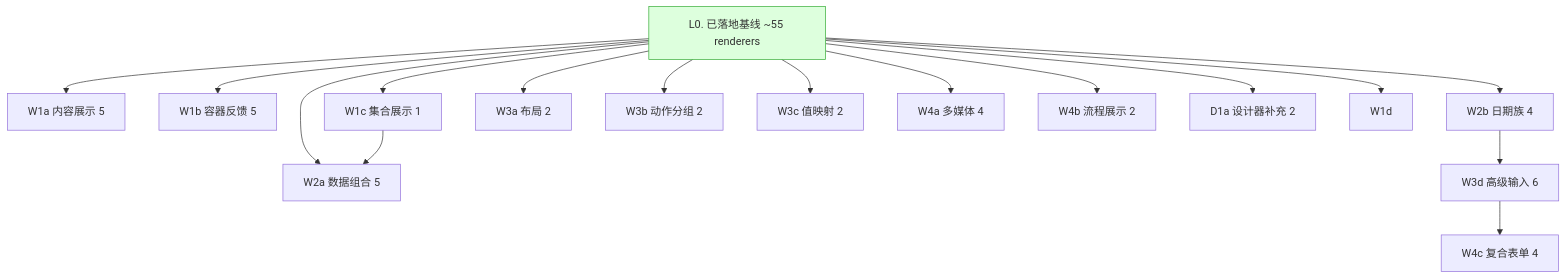
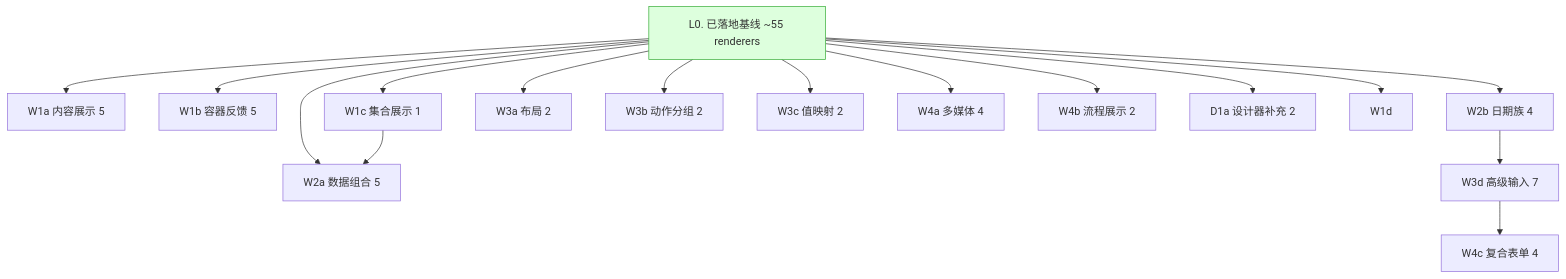
One commit to entropy-cloud/nop-chaos-flux changed the diagram in docs/components/roadmap.md. Above: the diagram before and after it, drawn with Mermaid. The commit also changed other lines of this file and 7 other files, not shown here.

First line of the commit message:
docs(components): plan-2026-06-24-0718 docs/log/roadmap update

````diff
--- a/docs/components/roadmap.md
+++ b/docs/components/roadmap.md
@@ -191,28 +193,28 @@
 ```mermaid
 graph TD
     L0["L0. 已落地基线 ~55 renderers"]
     W1a["W1a 内容展示 5"]
     W1b["W1b 容器反馈 5"]
     W1c["W1c 集合展示 1"]
     W2a["W2a 数据组合 5"]
     W2b["W2b 日期族 4"]
     W3a["W3a 布局 2"]
     W3b["W3b 动作分组 2"]
     W3c["W3c 值映射 2"]
-    W3d["W3d 高级输入 6"]
+    W3d["W3d 高级输入 7"]
     W4a["W4a 多媒体 4"]
     W4b["W4b 流程展示 2"]
     W4c["W4c 复合表单 4"]
     D1a["D1a 设计器补充 2"]
 
     L0 --> W1a & W1b & W1c & W1d
     L0 & W1c --> W2a
     L0 --> W2b
     L0 --> W3a & W3b & W3c
     W2b --> W3d
     L0 --> W4a & W4b
     W3d --> W4c
     L0 --> D1a
 
     style L0 fill:#dfd,stroke:#3a3
 ```
````
